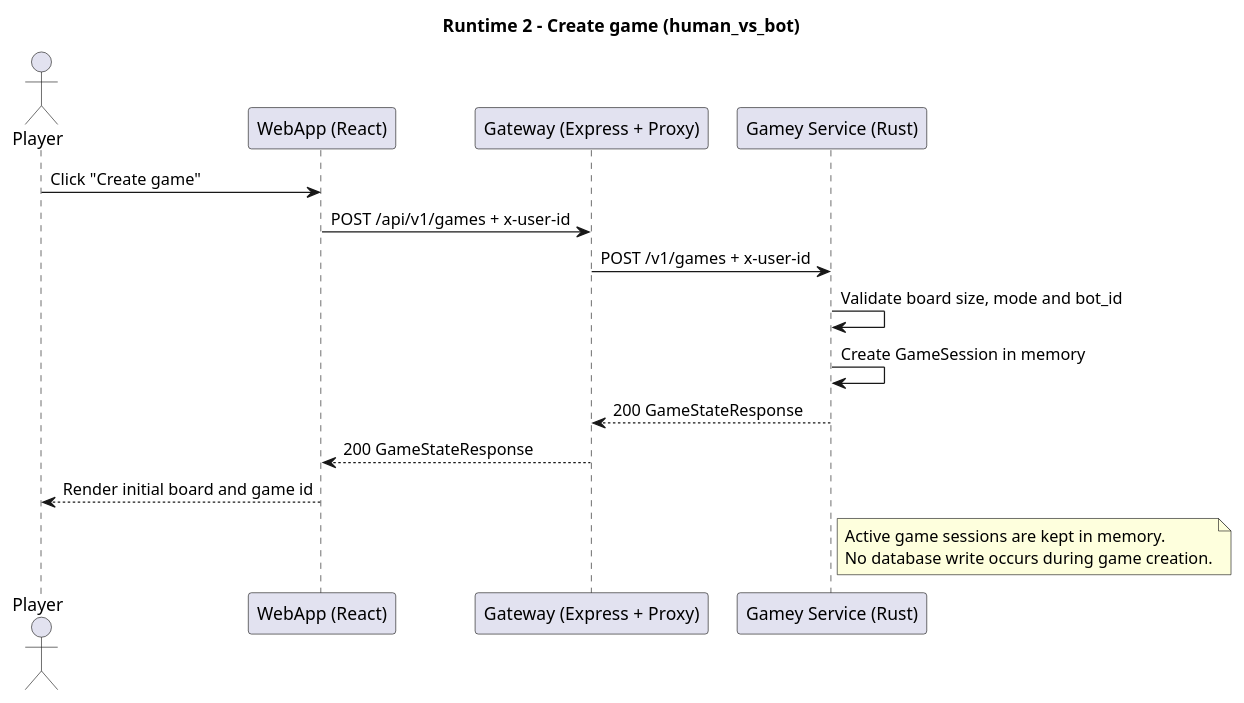
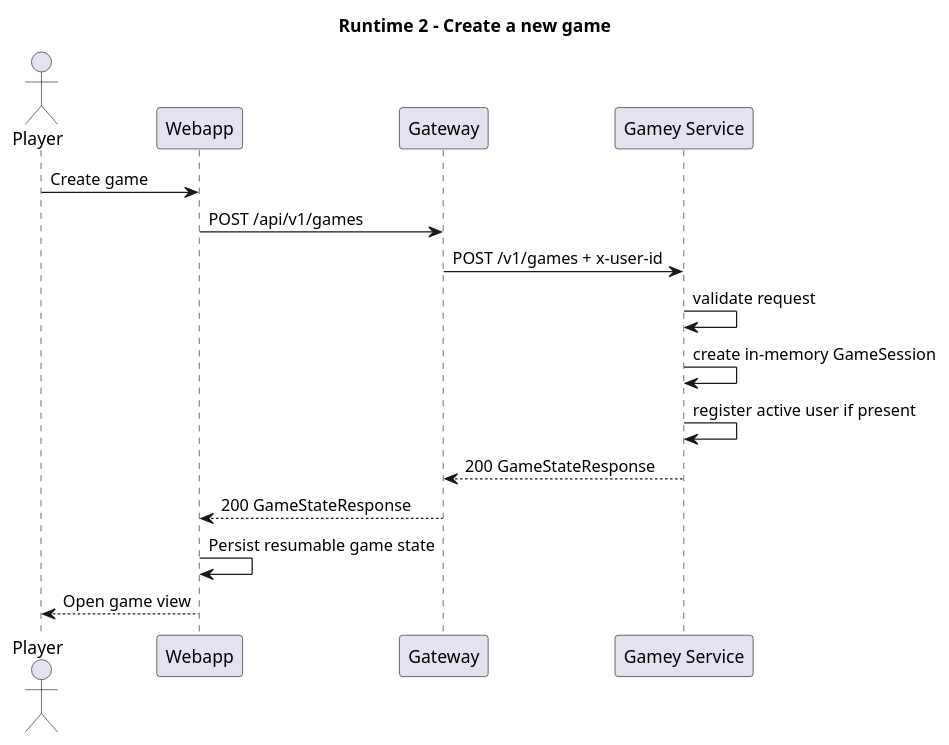
The second of 5 diagrams in docs/src/06_runtime_view.adoc (Arquisoft/yovi_es4b), drawn with PlantUML before and after one commit. The commit also changed other lines of this file and 2 other files, not shown here.

```diff
--- a/docs/src/06_runtime_view.adoc
+++ b/docs/src/06_runtime_view.adoc
@@ -122,25 +105,22 @@
-[plantuml,"runtime-create-game",png]
+[plantuml,"06_runtime_create_game",png]
 ----
 @startuml
-title Runtime 2 - Create game (human_vs_bot)
+title Runtime 2 - Create a new game
 
 actor Player
-participant "WebApp (React)" as WebApp
-participant "Gateway (Express + Proxy)" as Gateway
-participant "Gamey Service (Rust)" as Gamey
+participant "Webapp" as Webapp
+participant "Gateway" as Gateway
+participant "Gamey Service" as Gamey
 
-Player -> WebApp: Click "Create game"
-WebApp -> Gateway: POST /api/v1/games + x-user-id
+Player -> Webapp: Create game
+Webapp -> Gateway: POST /api/v1/games
 Gateway -> Gamey: POST /v1/games + x-user-id
-Gamey -> Gamey: Validate board size, mode and bot_id
-Gamey -> Gamey: Create GameSession in memory
+Gamey -> Gamey: validate request
+Gamey -> Gamey: create in-memory GameSession
+Gamey -> Gamey: register active user if present
 Gamey --> Gateway: 200 GameStateResponse
-Gateway --> WebApp: 200 GameStateResponse
-WebApp --> Player: Render initial board and game id
-
-note right of Gamey
-Active game sessions are kept in memory.
-No database write occurs during game creation.
-end note
+Gateway --> Webapp: 200 GameStateResponse
+Webapp -> Webapp: Persist resumable game state
+Webapp --> Player: Open game view
 @enduml
 ----
```
